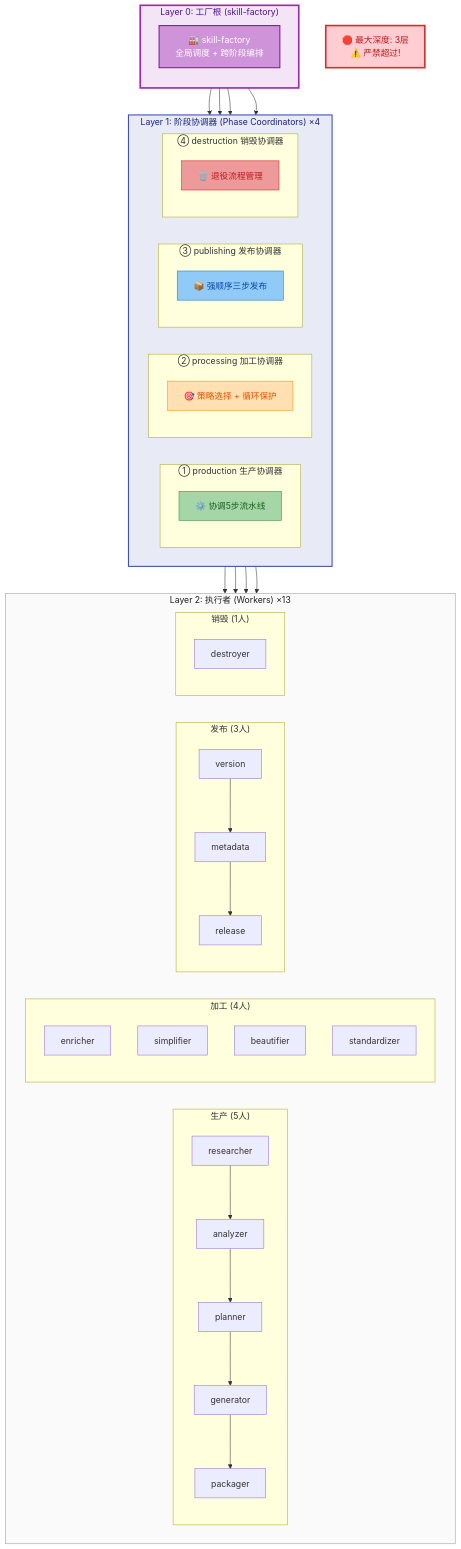
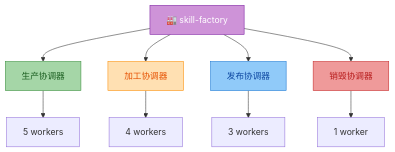
The second of 2 diagrams in SKILL.md (morning-start/skill-factory), drawn with Mermaid before and after one commit. The commit also changed other lines of this file and 3 other files, not shown here.

First line of the commit message:
refactor(skill-factory): 重构主文档为轻+厚架构并拆分详细内容到references目录

````diff
--- a/SKILL.md
+++ b/SKILL.md
@@ -156,77 +78,14 @@
 ```mermaid
 flowchart TB
-    subgraph L0["Layer 0: 工厂根 (skill-factory)"]
-        direction TB
-        ROOT["🏭 skill-factory<br/>全局调度 + 跨阶段编排"]
-    end
-
-    subgraph L1["Layer 1: 阶段协调器 (Phase Coordinators) ×4"]
-        direction LR
-
-        subgraph PH1["① production 生产协调器"]
-            P1_C["⚙️ 协调5步流水线"]
-        end
-
-        subgraph PH2["② processing 加工协调器"]
-            P2_C["🎯 策略选择 + 循环保护"]
-        end
-
-        subgraph PH3["③ publishing 发布协调器"]
-            P3_C["📦 强顺序三步发布"]
-        end
-
-        subgraph PH4["④ destruction 销毁协调器"]
-            P4_C["🗑️ 退役流程管理"]
-        end
-    end
-
-    subgraph L2["Layer 2: 执行者 (Workers) ×13"]
-        direction LR
-
-        subgraph W1["生产 (5人)"]
-            R[researcher]
-            A[analyzer]
-            PL[planner]
-            G[generator]
-            K[packager]
-            R --> A --> PL --> G --> K
-        end
-
-        subgraph W2["加工 (4人)"]
-            E[enricher]
-            S[simplifier]
-            B[beautifier]
-            ST[standardizer]
-        end
-
-        subgraph W3["发布 (3人)"]
-            V[version]
-            M[metadata]
-            RE[release]
-            V --> M --> RE
-        end
-
-        subgraph W4["销毁 (1人)"]
-            D[destroyer]
-        end
-    end
-
-    ROOT --> PH1 & PH2 & PH3 & PH4
-    PH1 --> W1
-    PH2 --> W2
-    PH3 --> W3
-    PH4 --> W4
-
-    MAX_DEPTH["🛑 最大深度: 3层<br/>⚠️ 严禁超过!"]
-
-    style L0 fill:#f3e5f5,stroke:#9c27b0,color:#4a148c,stroke-width:3px
-    style L1 fill:#e8eaf6,stroke:#3f51b5,color:#1a237e,stroke-width:2px
-    style L2 fill:#fafafa,stroke:#9e9e9e,color:#212121
-
-    style ROOT fill:#ce93d8,stroke:#7b1fa2,color:#ffffff,stroke-width:2px
-    style P1_C fill:#a5d6a7,stroke:#388e3c,color:#1b5e20
-    style P2_C fill:#ffe0b2,stroke:#fb8c00,color:#e65100
-    style P3_C fill:#90caf9,stroke:#1976d2,color:#0d47a1
-    style P4_C fill:#ef9a9a,stroke:#c62828,color:#b71c1c
-    style MAX_DEPTH fill:#ffcdd2,stroke:#d32f2f,color:#b71c1c,stroke-width:3px
+    ROOT["🏭 skill-factory"] --> PH1["生产协调器"] & PH2["加工协调器"] & PH3["发布协调器"] & PH4["销毁协调器"]
+    PH1 --> W1["5 workers"]
+    PH2 --> W2["4 workers"]
+    PH3 --> W3["3 workers"]
+    PH4 --> W4["1 worker"]
+    
+    style ROOT fill:#ce93d8,stroke:#7b1fa2,color:#ffffff
+    style PH1 fill:#a5d6a7,stroke:#388e3c,color:#1b5e20
+    style PH2 fill:#ffe0b2,stroke:#fb8c00,color:#e65100
+    style PH3 fill:#90caf9,stroke:#1976d2,color:#0d47a1
+    style PH4 fill:#ef9a9a,stroke:#c62828,color:#b71c1c
 ```
````
